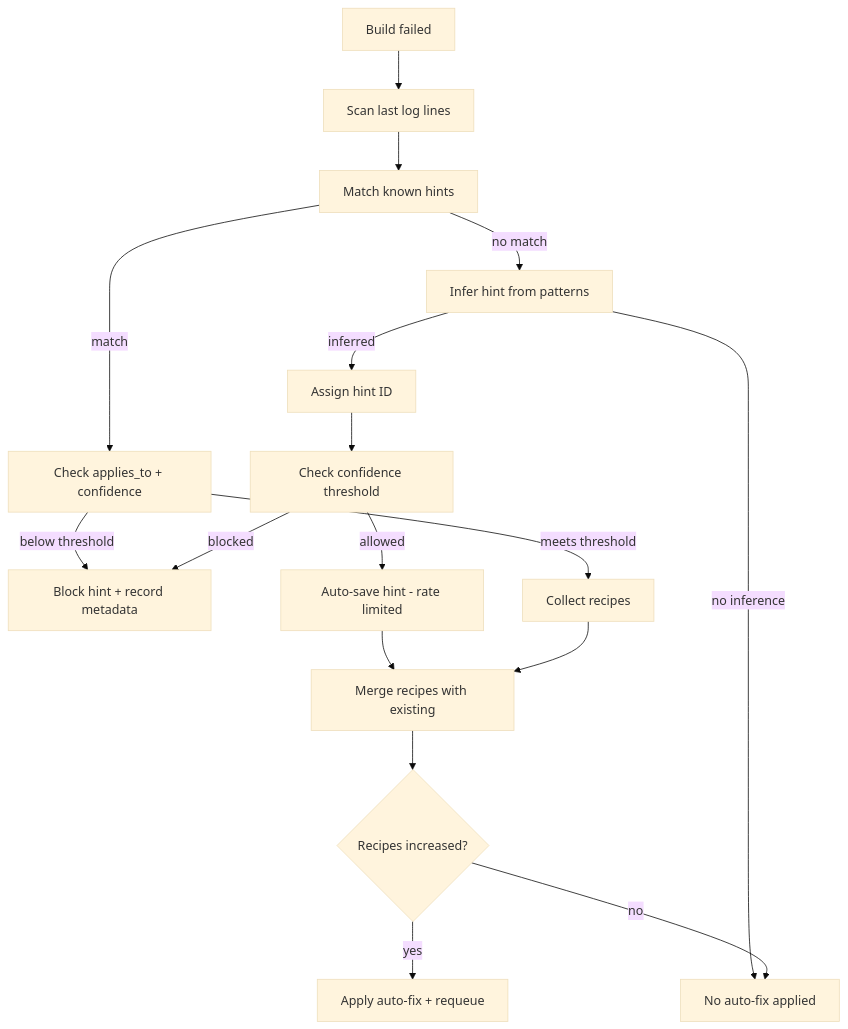
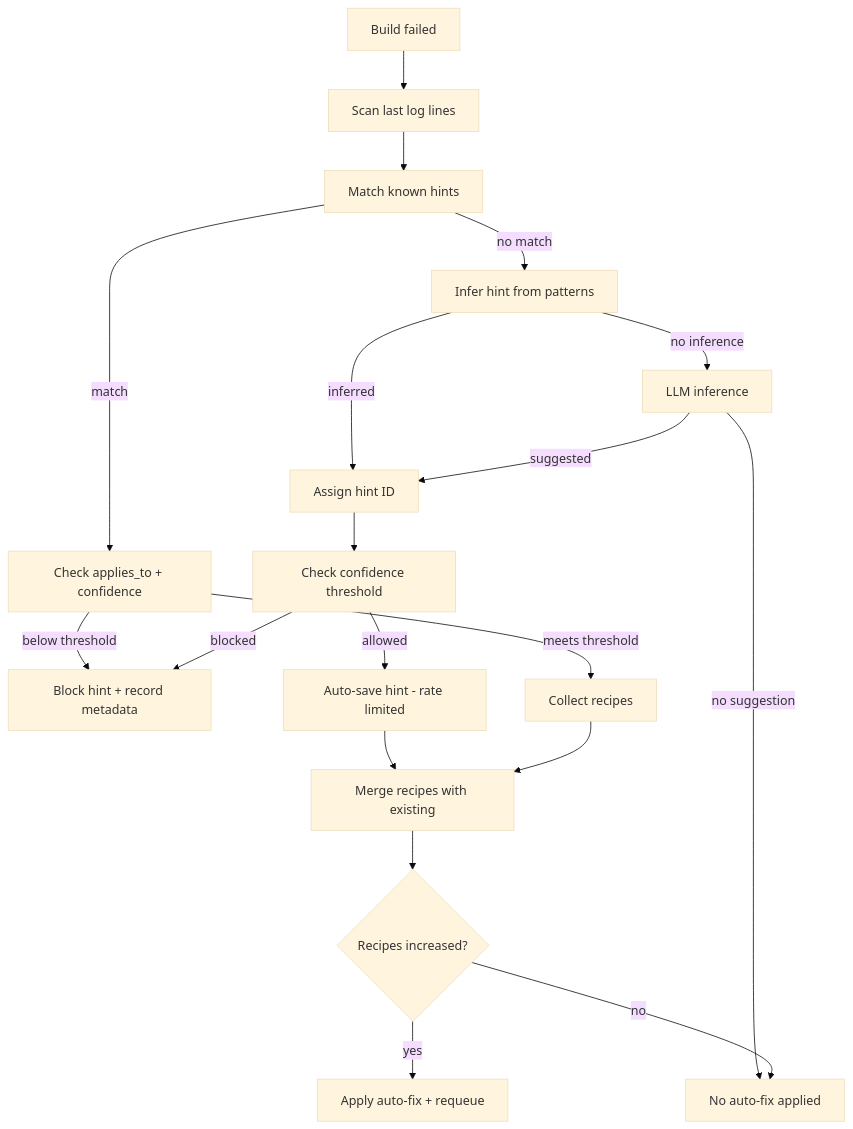
One commit to k8ika0s/s390x-wheel-refinery changed the diagram in docs/diagrams/auto-fix-decision-flow.mmd. Above: the diagram before and after it, drawn with Mermaid (base theme). The commit also changed 8 other files, not shown here.

Commit message:
Add optional LLM inference for auto-fix

```diff
--- a/docs/diagrams/auto-fix-decision-flow.mmd
+++ b/docs/diagrams/auto-fix-decision-flow.mmd
@@ -1,17 +1,19 @@
 flowchart TD
   A[Build failed] --> B[Scan last log lines]
   B --> C[Match known hints]
   C -->|match| D[Check applies_to + confidence]
   D -->|below threshold| E[Block hint + record metadata]
   D -->|meets threshold| F[Collect recipes]
   C -->|no match| G[Infer hint from patterns]
-  G -->|no inference| H[No auto-fix applied]
+  G -->|no inference| H[LLM inference]
   G -->|inferred| I[Assign hint ID]
+  H -->|no suggestion| X[No auto-fix applied]
+  H -->|suggested| I
   I --> J[Check confidence threshold]
   J -->|blocked| E
   J -->|allowed| K[Auto-save hint - rate limited]
   K --> L[Merge recipes with existing]
   F --> L
   L --> M{Recipes increased?}
   M -->|yes| N[Apply auto-fix + requeue]
-  M -->|no| H
+  M -->|no| X
```
